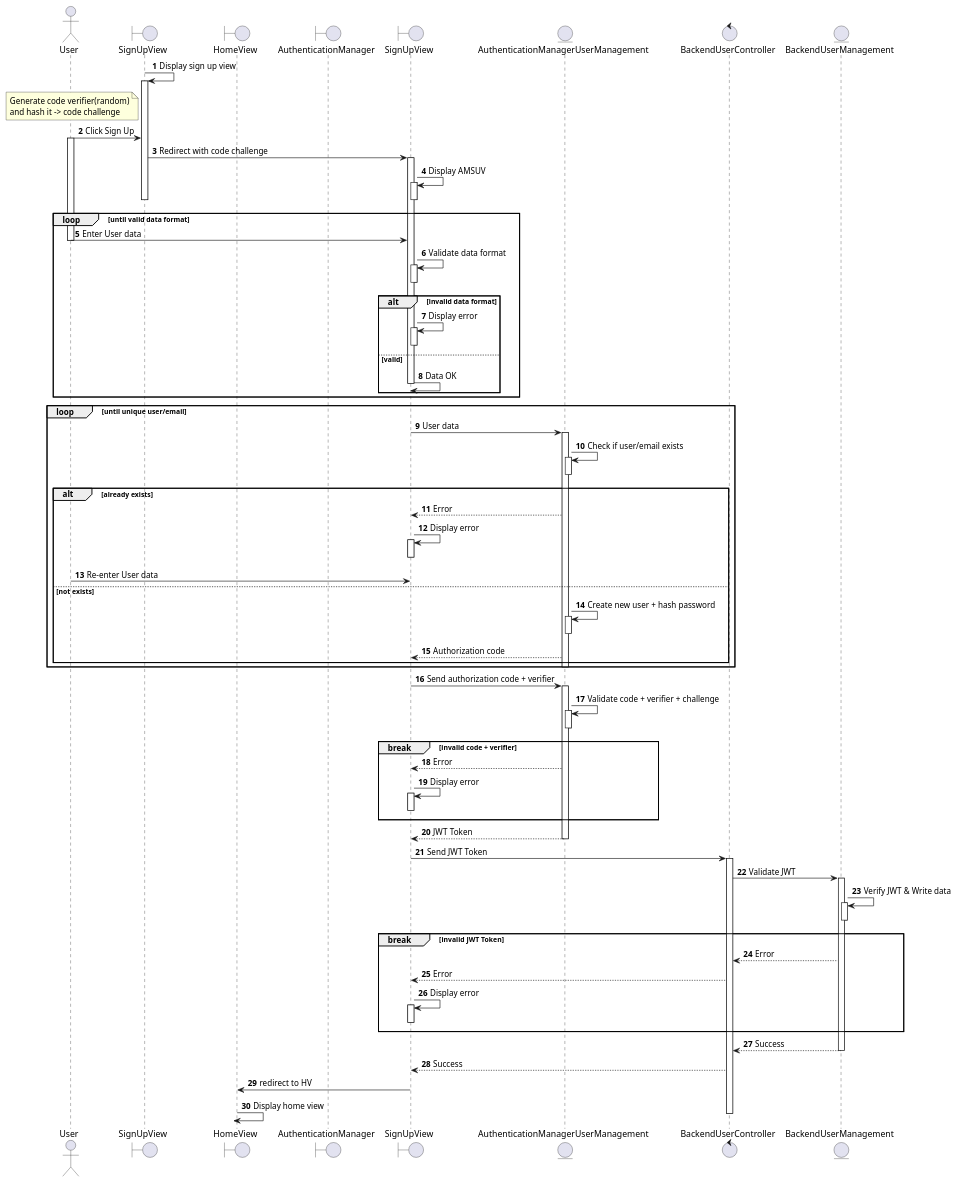
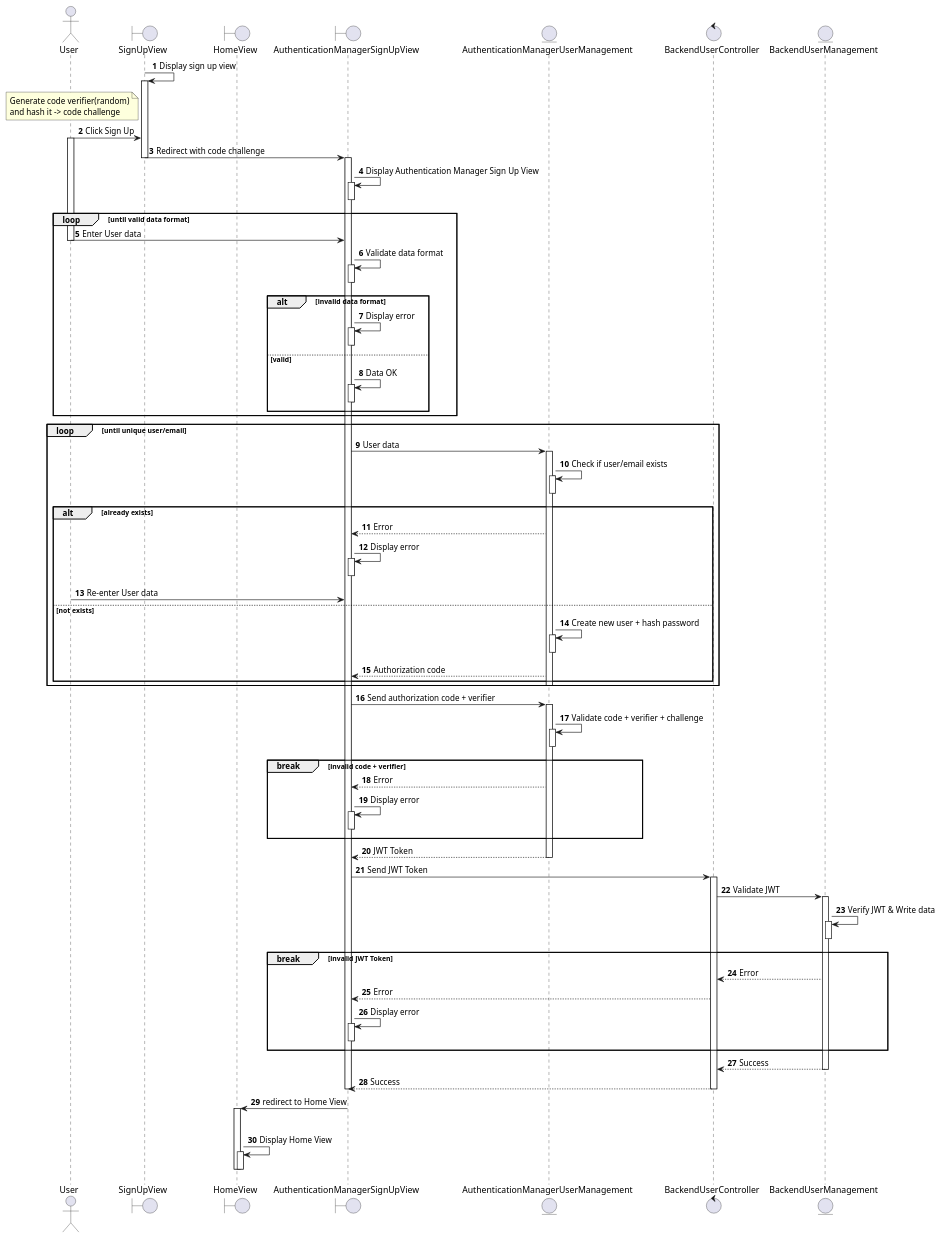
Before and after one commit to electricilies/electricilies.github.io: the diagram in docs/docs/sequence/auth/sign-up.md, drawn with PlantUML.

Commit message:
fix: so delicious

````diff
--- a/docs/docs/sequence/auth/sign-up.md
+++ b/docs/docs/sequence/auth/sign-up.md
@@ -6,8 +6,7 @@
 actor User as U
 boundary SignUpView as SUV
 boundary HomeView as HV
-boundary AuthenticationManager
-boundary SignUpView as AMSUV
+boundary AuthenticationManagerSignUpView as AMSUV
 
 entity AuthenticationManagerUserManagement as AMUM
 control BackendUserController as BUC
@@ -19,12 +18,11 @@
 U -> SUV: Click Sign Up
 activate U
 SUV -> AMSUV: Redirect with code challenge
+deactivate SUV
 activate AMSUV
-AMSUV -> AMSUV: Display AMSUV
+AMSUV -> AMSUV: Display Authentication Manager Sign Up View
 activate AMSUV
 deactivate AMSUV
-
-deactivate SUV
 
 loop until valid data format
   U -> AMSUV: Enter User data
@@ -40,6 +38,7 @@
     deactivate AMSUV
   else valid
     AMSUV -> AMSUV: Data OK
+    activate AMSUV
     deactivate AMSUV
   end
 end
@@ -104,11 +103,15 @@
 BUC <-- BUM: Success
 deactivate BUM
 AMSUV <-- BUC: Success
-HV<-AMSUV: redirect to HV
+deactivate BUC
 deactivate AMSUV
-HV -> HV: Display home view
-deactivate BUC
+HV<-AMSUV: redirect to Home View
+activate HV
+deactivate AMSUV
+HV -> HV: Display Home View
+activate HV
+deactivate HV
+
 deactivate HV
 @enduml
-
 ```
````
